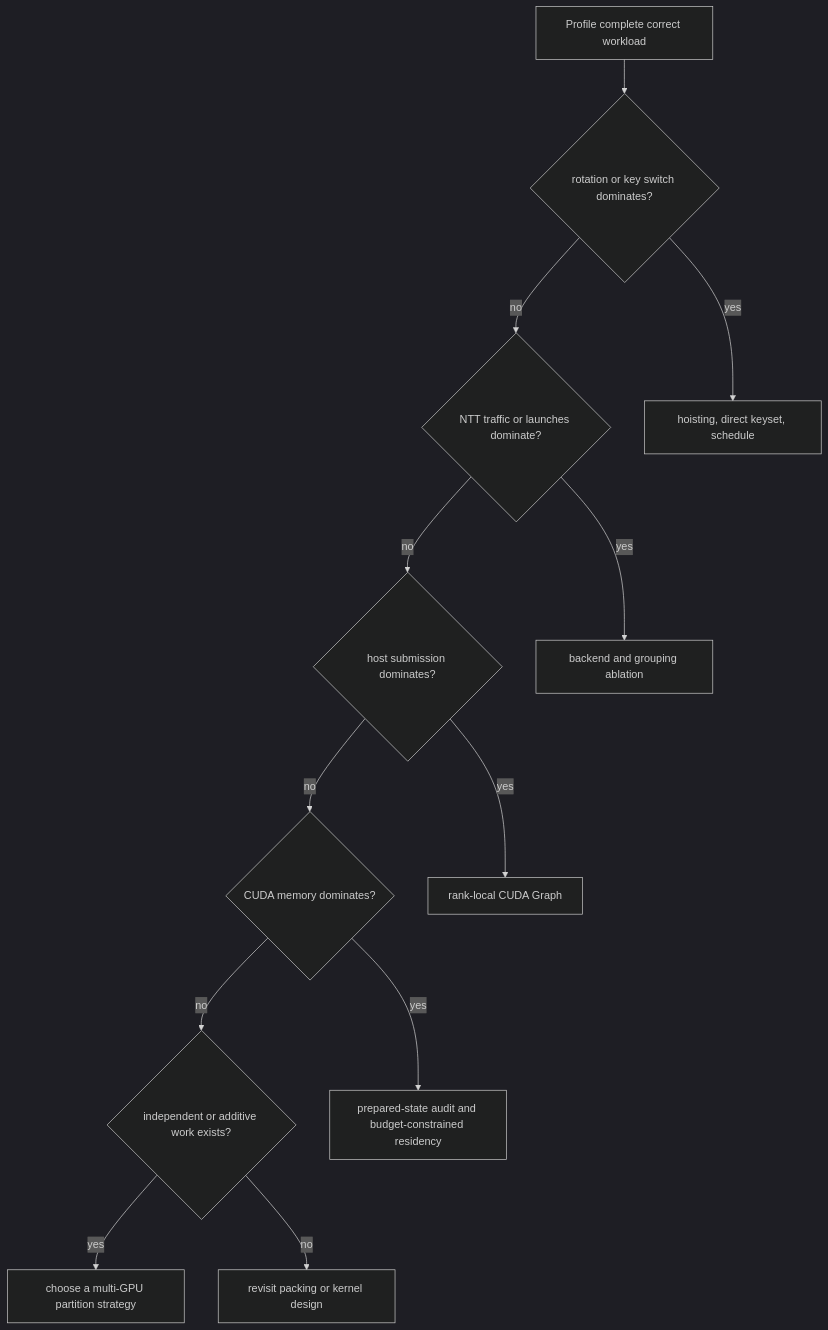
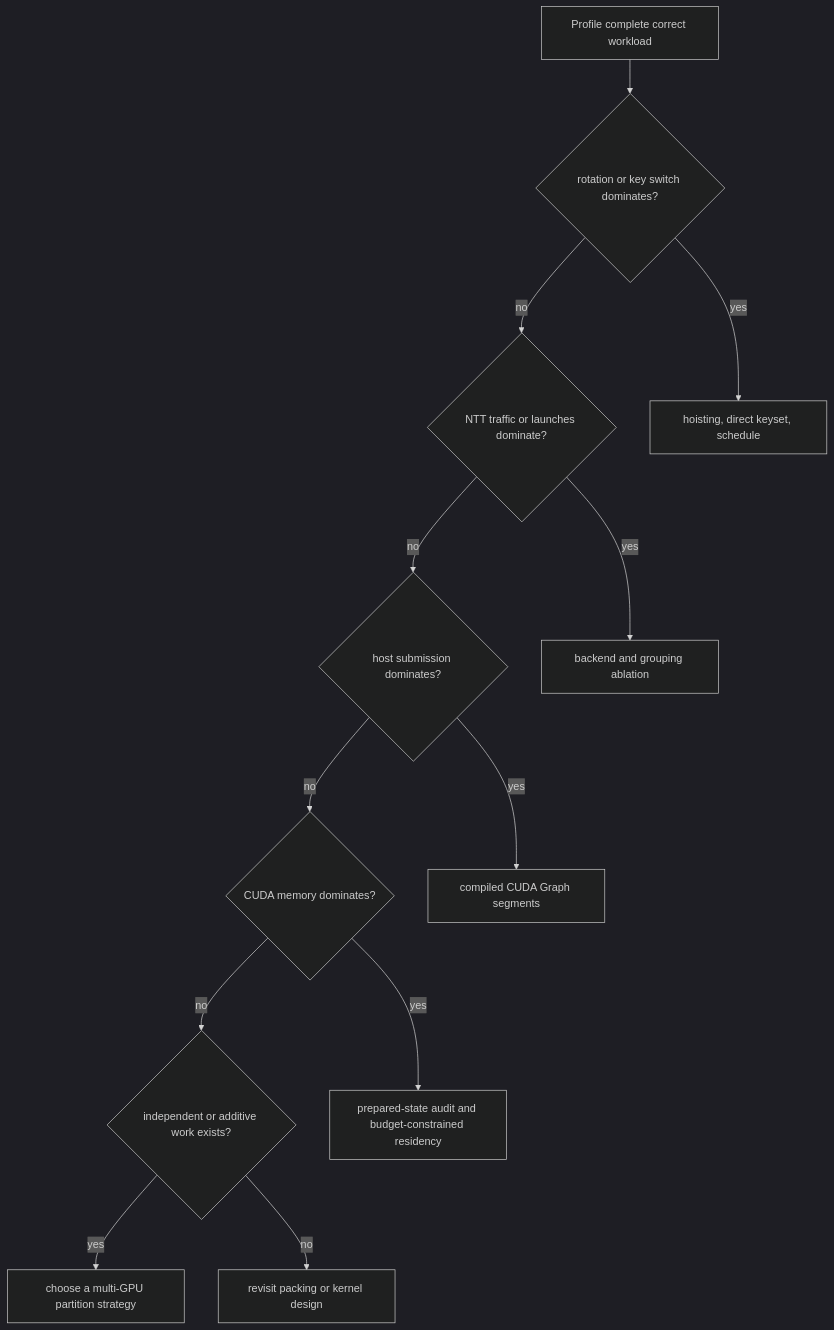
Before and after one commit to visualDust/fhelium: the seventh of 7 diagrams in docs/concepts/performance/cost-model.md, drawn with Mermaid (dark theme). The commit also changed other lines of this file and 475 other files, not shown here.

````diff
--- a/docs/concepts/performance/cost-model.md
+++ b/docs/concepts/performance/cost-model.md
@@ -242,20 +245,20 @@
 ```mermaid
 flowchart TD
     P[Profile complete correct workload]
     Q1{rotation or key switch dominates?}
     Q2{NTT traffic or launches dominate?}
     Q3{host submission dominates?}
     Q4{CUDA memory dominates?}
     Q5{independent or additive work exists?}
     P --> Q1
     Q1 -->|yes| H[hoisting, direct keyset, schedule]
     Q1 -->|no| Q2
     Q2 -->|yes| N[backend and grouping ablation]
     Q2 -->|no| Q3
-    Q3 -->|yes| G[rank-local CUDA Graph]
+    Q3 -->|yes| G[compiled CUDA Graph segments]
     Q3 -->|no| Q4
     Q4 -->|yes| R[prepared-state audit and budget-constrained residency]
     Q4 -->|no| Q5
     Q5 -->|yes| M[choose a multi-GPU partition strategy]
     Q5 -->|no| A[revisit packing or kernel design]
 ```
````
